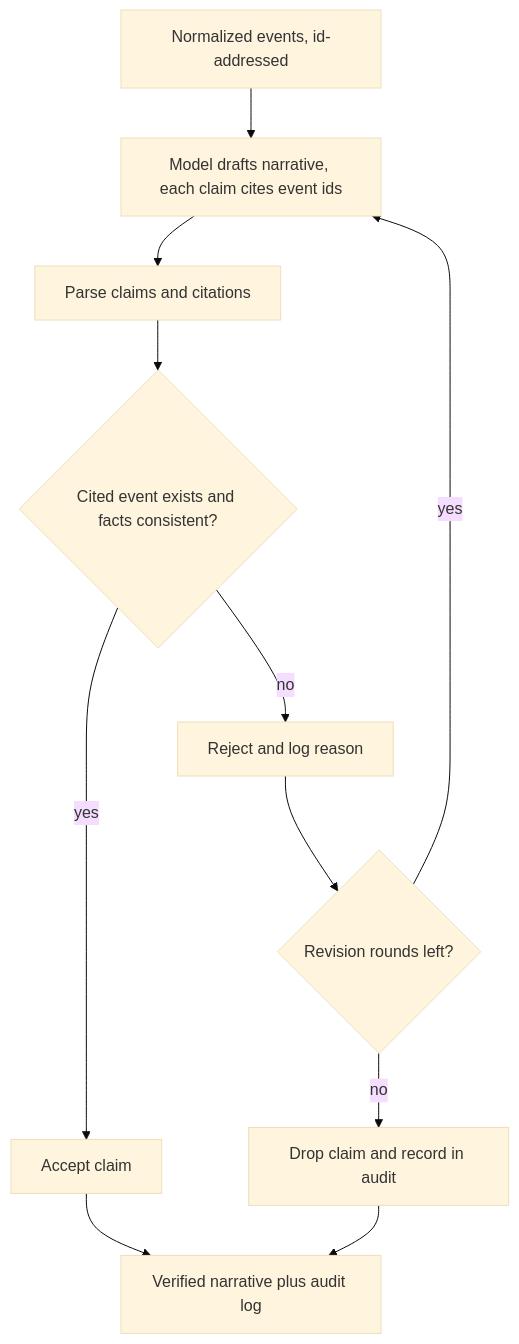
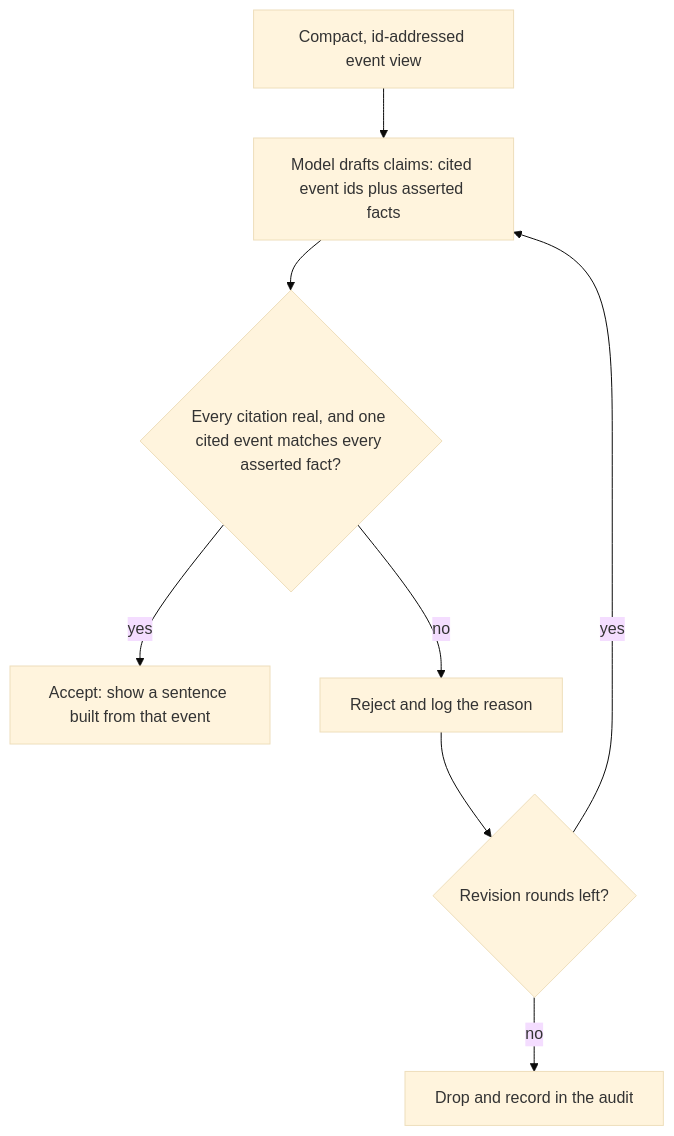
Before and after one commit to NotACop38/Casebound: the second of 2 diagrams in README.md, drawn with Mermaid (base theme). The commit also changed other lines of this file and 121 other files, not shown here.

Commit message:
Casebound 0.2: one pipeline, evidence-phrased narrative, and a verifier benchmark (#23)

````diff
--- a/README.md
+++ b/README.md
@@ -79,13 +151,10 @@
 ```mermaid
 flowchart TD
-  E["Normalized events, id-addressed"] --> M["Model drafts narrative, each claim cites event ids"]
-  M --> P["Parse claims and citations"]
-  P --> V{"Cited event exists and facts consistent?"}
-  V -->|"yes"| K["Accept claim"]
-  V -->|"no"| R["Reject and log reason"]
+  E["Compact, id-addressed event view"] --> M["Model drafts claims: cited event ids plus asserted facts"]
+  M --> V{"Every citation real, and one cited event matches every asserted fact?"}
+  V -->|"yes"| K["Accept: show a sentence built from that event"]
+  V -->|"no"| R["Reject and log the reason"]
   R --> L{"Revision rounds left?"}
   L -->|"yes"| M
-  L -->|"no"| X["Drop claim and record in audit"]
-  K --> O["Verified narrative plus audit log"]
-  X --> O
+  L -->|"no"| X["Drop and record in the audit"]
 ```
````
